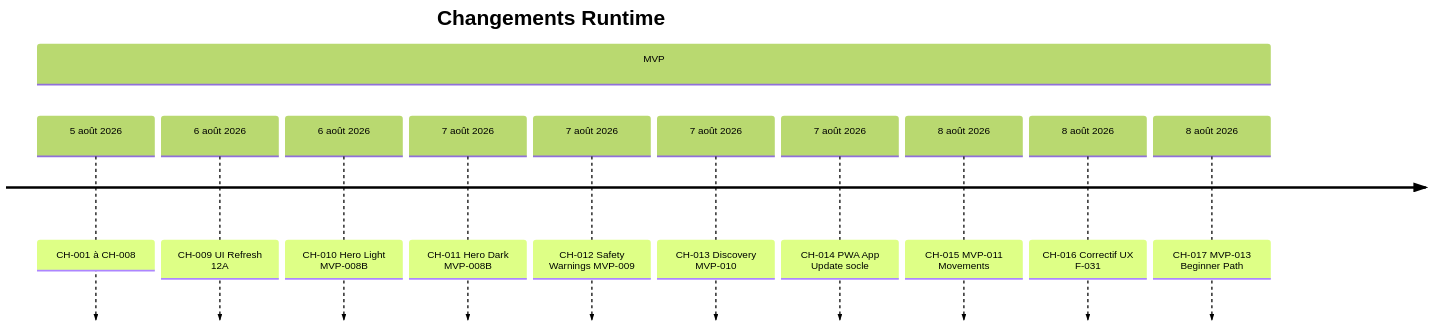
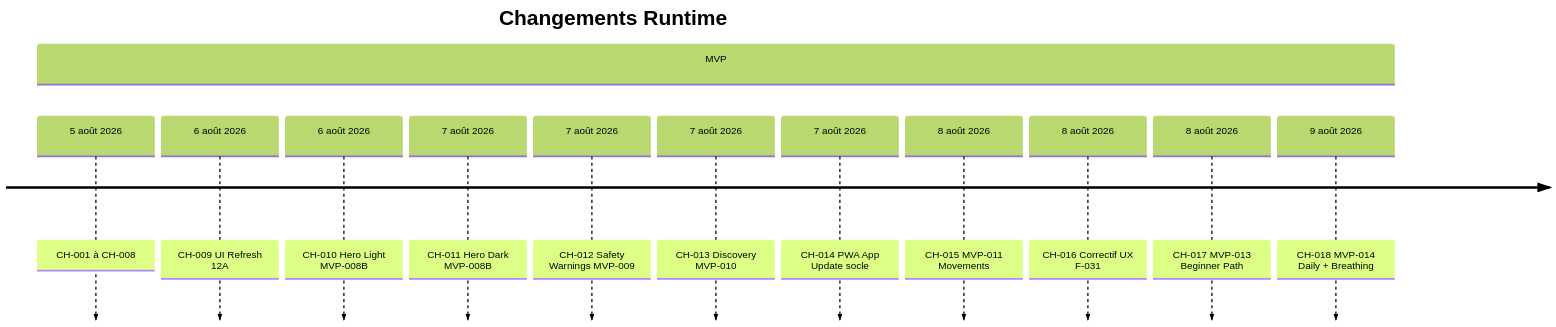
Before and after one commit to JavaChrist/Tai-Chi-AI-Coach: the diagram in docs/runtime/17_CHANGE_HISTORY.md, drawn with Mermaid (forest theme). The commit also changed other lines of this file and 16 other files, not shown here.

First line of the commit message:
feat(daily): complete MVP-014 daily practice experience

````diff
--- a/docs/runtime/17_CHANGE_HISTORY.md
+++ b/docs/runtime/17_CHANGE_HISTORY.md
@@ -52,15 +53,16 @@
 ```mermaid
 timeline
   title Changements Runtime
   section MVP
     5 août 2026 : CH-001 à CH-008
     6 août 2026 : CH-009 UI Refresh 12A
     6 août 2026 : CH-010 Hero Light MVP-008B
     7 août 2026 : CH-011 Hero Dark MVP-008B
     7 août 2026 : CH-012 Safety Warnings MVP-009
     7 août 2026 : CH-013 Discovery MVP-010
     7 août 2026 : CH-014 PWA App Update socle
     8 août 2026 : CH-015 MVP-011 Movements
     8 août 2026 : CH-016 Correctif UX F-031
     8 août 2026 : CH-017 MVP-013 Beginner Path
+    9 août 2026 : CH-018 MVP-014 Daily + Breathing
 ```
````
